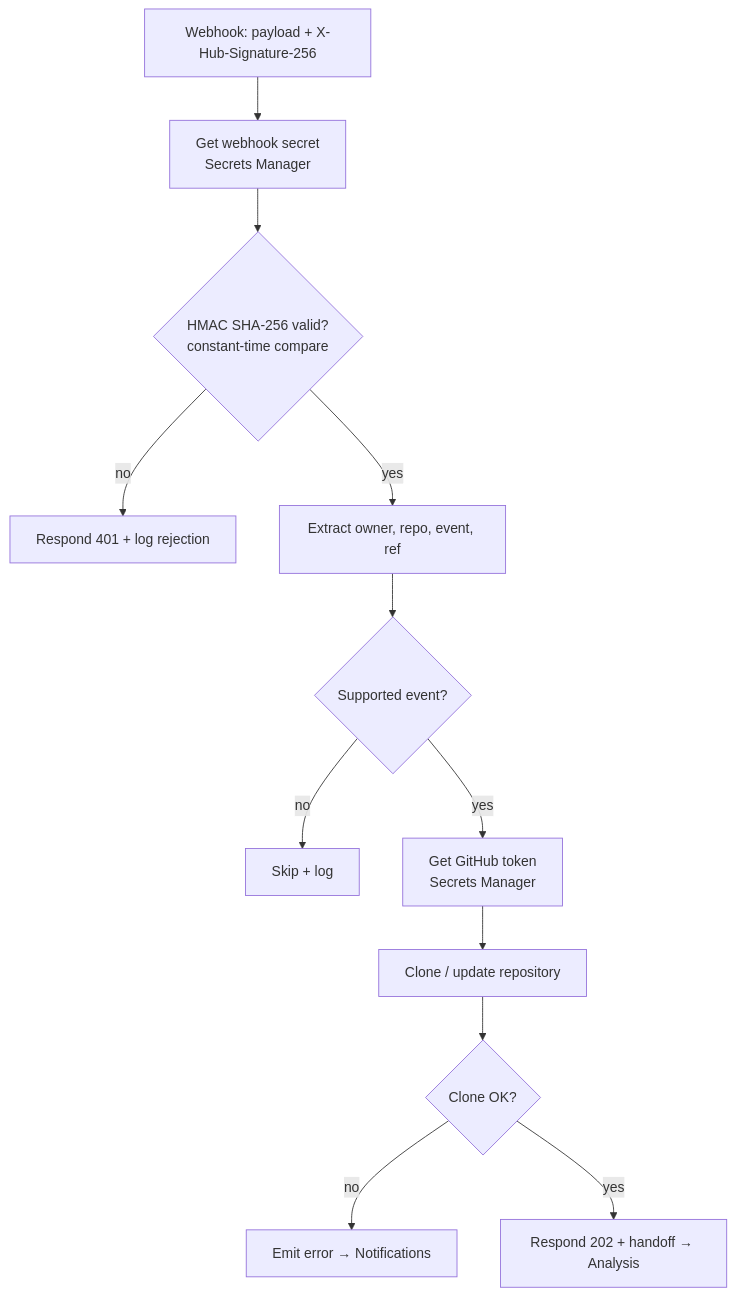
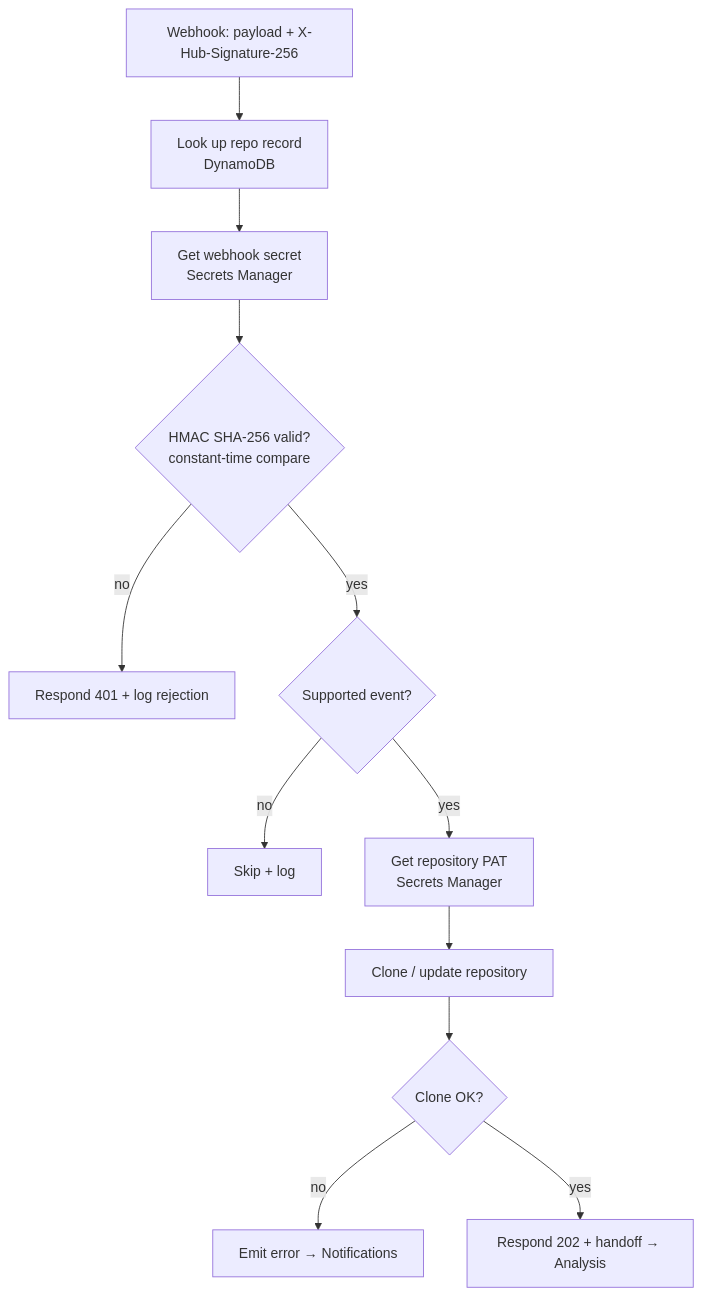
The third of 7 diagrams in docs/workflows.md (teddynted/ai-github-repository-blog-generator), drawn with Mermaid before and after one commit. The commit also changed other lines of this file and 10 other files, not shown here.

````diff
--- a/docs/workflows.md
+++ b/docs/workflows.md
@@ -46,14 +73,14 @@
 ```mermaid
 flowchart TB
-    W[Webhook: payload + X-Hub-Signature-256] --> SEC[Get webhook secret<br/>Secrets Manager]
+    W[Webhook: payload + X-Hub-Signature-256] --> LK[Look up repo record<br/>DynamoDB]
+    LK --> SEC[Get webhook secret<br/>Secrets Manager]
     SEC --> HM{HMAC SHA-256 valid?<br/>constant-time compare}
     HM -- no --> R401[Respond 401 + log rejection]
-    HM -- yes --> EX[Extract owner, repo, event, ref]
-    EX --> SUP{Supported event?}
+    HM -- yes --> SUP{Supported event?}
     SUP -- no --> SKIP[Skip + log]
-    SUP -- yes --> TOK[Get GitHub token<br/>Secrets Manager]
+    SUP -- yes --> TOK[Get repository PAT<br/>Secrets Manager]
     TOK --> C[Clone / update repository]
     C --> OK{Clone OK?}
     OK -- no --> E[Emit error → Notifications]
     OK -- yes --> H[Respond 202 + handoff → Analysis]
 ```
````
